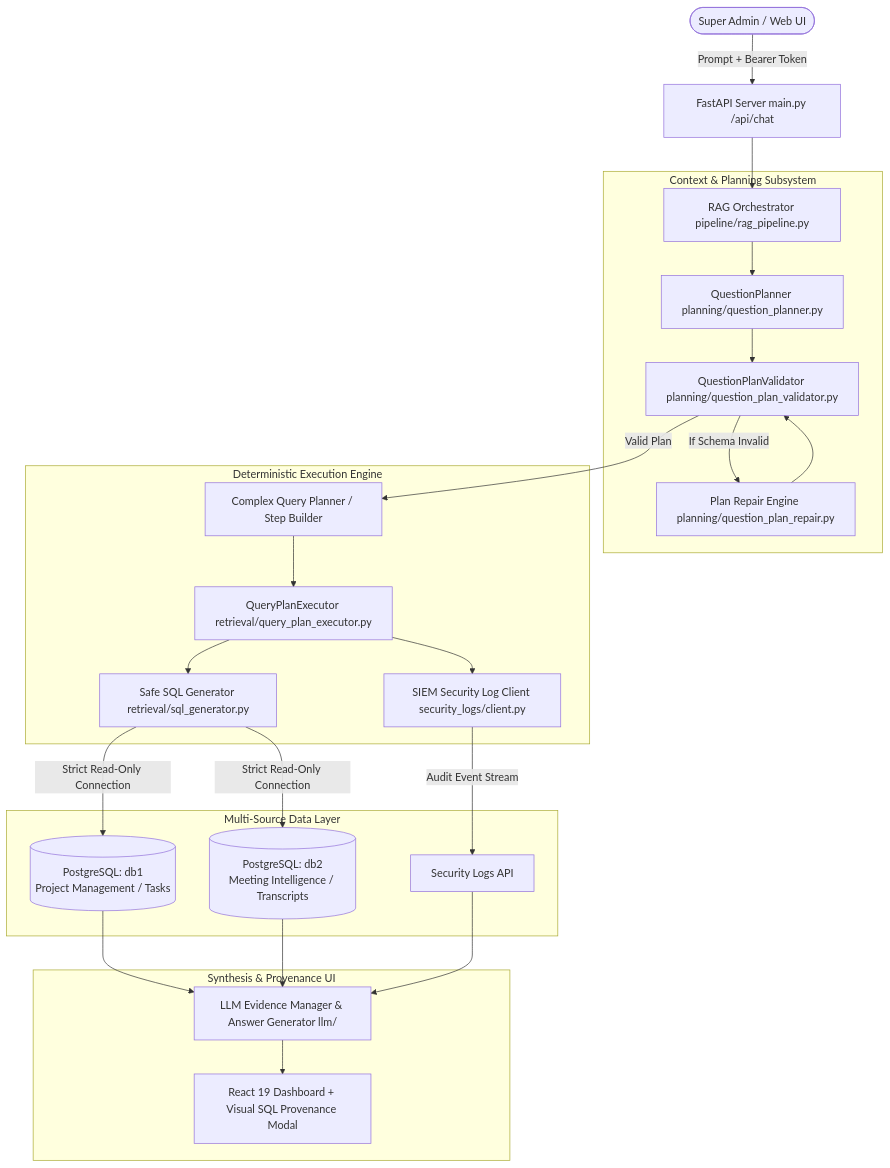
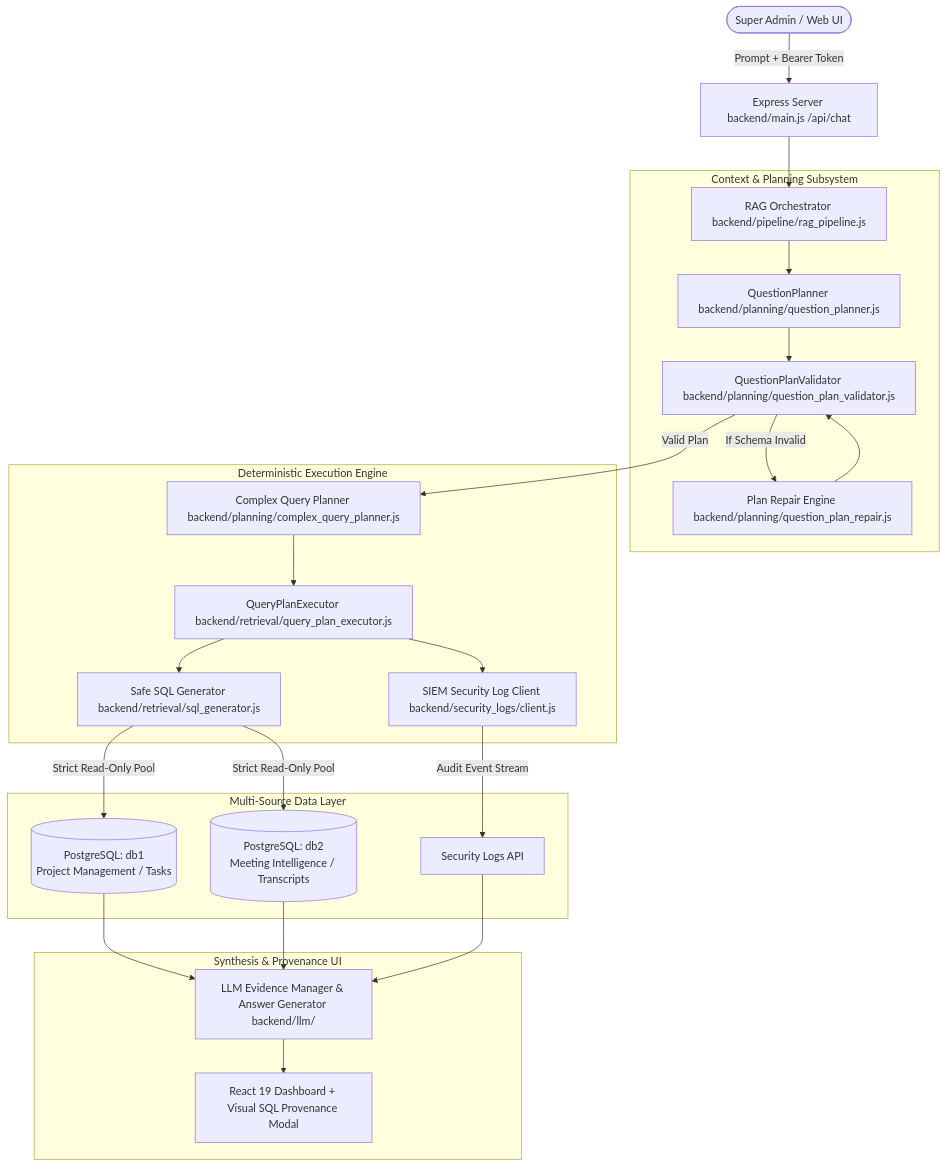
One commit to muhammadsuleman-sixlogs/CenarioCG changed the diagram in README.md. Above: the diagram before and after it, drawn with Mermaid. The commit also changed other lines of this file and 4 other files, not shown here.

````diff
--- a/README.md
+++ b/README.md
@@ -36,30 +37,30 @@
 ```mermaid
 flowchart TD
-    User([Super Admin / Web UI]) -->|Prompt + Bearer Token| API[FastAPI Server main.py /api/chat]
-    API --> Pipeline[RAG Orchestrator pipeline/rag_pipeline.py]
+    User([Super Admin / Web UI]) -->|Prompt + Bearer Token| API[Express Server backend/main.js /api/chat]
+    API --> Pipeline[RAG Orchestrator backend/pipeline/rag_pipeline.js]
     
     subgraph Context & Planning Subsystem
-        Pipeline --> Planner[QuestionPlanner planning/question_planner.py]
-        Planner --> Validator[QuestionPlanValidator planning/question_plan_validator.py]
-        Validator -- If Schema Invalid --> Repair[Plan Repair Engine planning/question_plan_repair.py]
+        Pipeline --> Planner[QuestionPlanner backend/planning/question_planner.js]
+        Planner --> Validator[QuestionPlanValidator backend/planning/question_plan_validator.js]
+        Validator -- If Schema Invalid --> Repair[Plan Repair Engine backend/planning/question_plan_repair.js]
         Repair --> Validator
     end
 
     subgraph Deterministic Execution Engine
-        Validator -- Valid Plan --> Decomposer[Complex Query Planner / Step Builder]
-        Decomposer --> Executor[QueryPlanExecutor retrieval/query_plan_executor.py]
-        Executor --> SQLGen[Safe SQL Generator retrieval/sql_generator.py]
-        Executor --> SecClient[SIEM Security Log Client security_logs/client.py]
+        Validator -- Valid Plan --> Decomposer[Complex Query Planner backend/planning/complex_query_planner.js]
+        Decomposer --> Executor[QueryPlanExecutor backend/retrieval/query_plan_executor.js]
+        Executor --> SQLGen[Safe SQL Generator backend/retrieval/sql_generator.js]
+        Executor --> SecClient[SIEM Security Log Client backend/security_logs/client.js]
     end
 
     subgraph Multi-Source Data Layer
-        SQLGen -->|Strict Read-Only Connection| DB1[(PostgreSQL: db1\nProject Management / Tasks)]
-        SQLGen -->|Strict Read-Only Connection| DB2[(PostgreSQL: db2\nMeeting Intelligence / Transcripts)]
+        SQLGen -->|Strict Read-Only Pool| DB1[(PostgreSQL: db1\nProject Management / Tasks)]
+        SQLGen -->|Strict Read-Only Pool| DB2[(PostgreSQL: db2\nMeeting Intelligence / Transcripts)]
         SecClient -->|Audit Event Stream| SIEM[Security Logs API]
     end
 
     subgraph Synthesis & Provenance UI
-        DB1 & DB2 & SIEM --> Synthesizer[LLM Evidence Manager & Answer Generator llm/]
+        DB1 & DB2 & SIEM --> Synthesizer[LLM Evidence Manager & Answer Generator backend/llm/]
         Synthesizer --> UI[React 19 Dashboard + Visual SQL Provenance Modal]
     end
 ```
````
